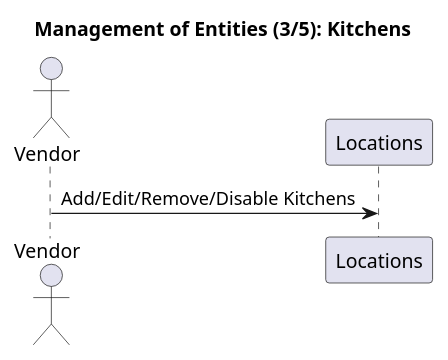
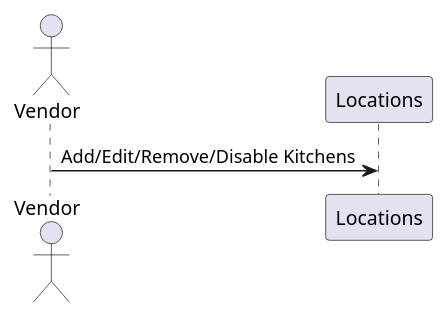
Before and after one commit to icedhacker/architecture-katas: the diagram in sequence-diagrams/puml/kitchen.puml, drawn with PlantUML.

```diff
--- a/sequence-diagrams/puml/kitchen.puml
+++ b/sequence-diagrams/puml/kitchen.puml
@@ -1,9 +1,8 @@
 @startuml
-title: Management of Entities (3/5): Kitchens
 
 actor "Vendor" as V
 participant "Locations" as L
 
 
 V->L: Add/Edit/Remove/Disable Kitchens
 @enduml
```
